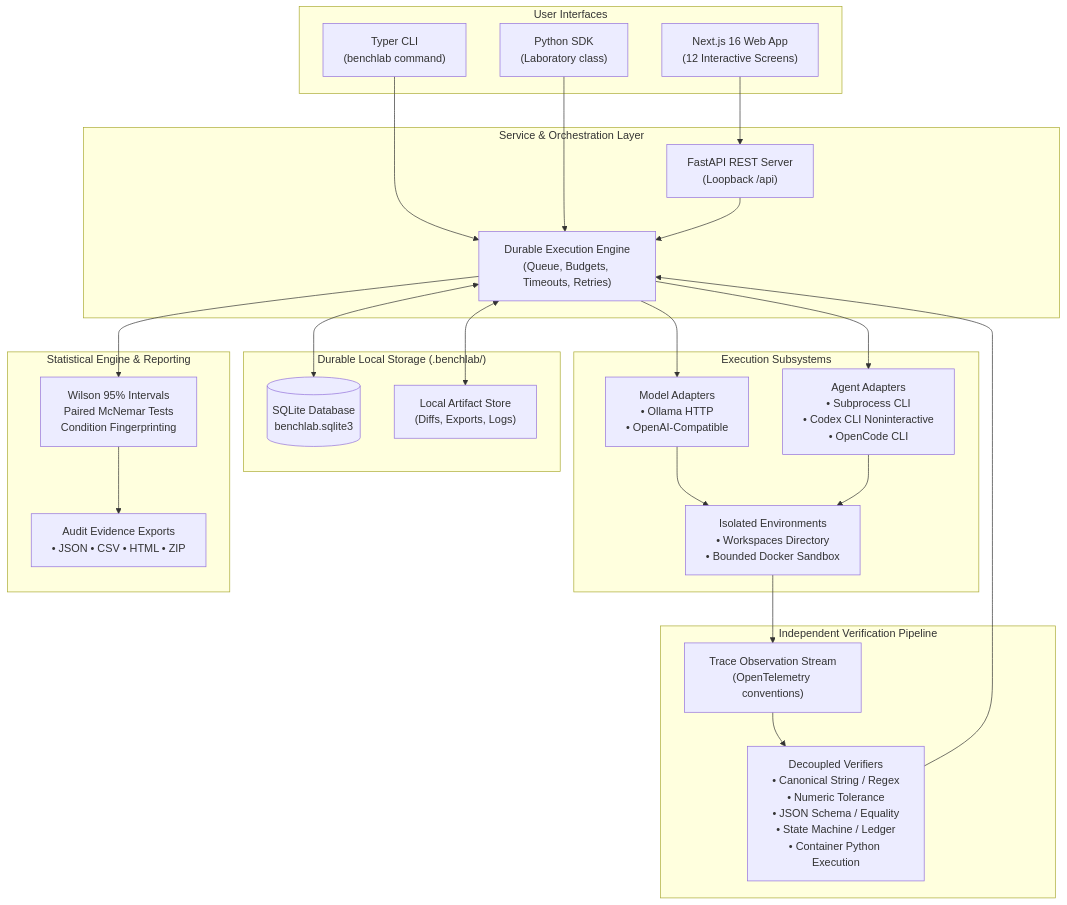
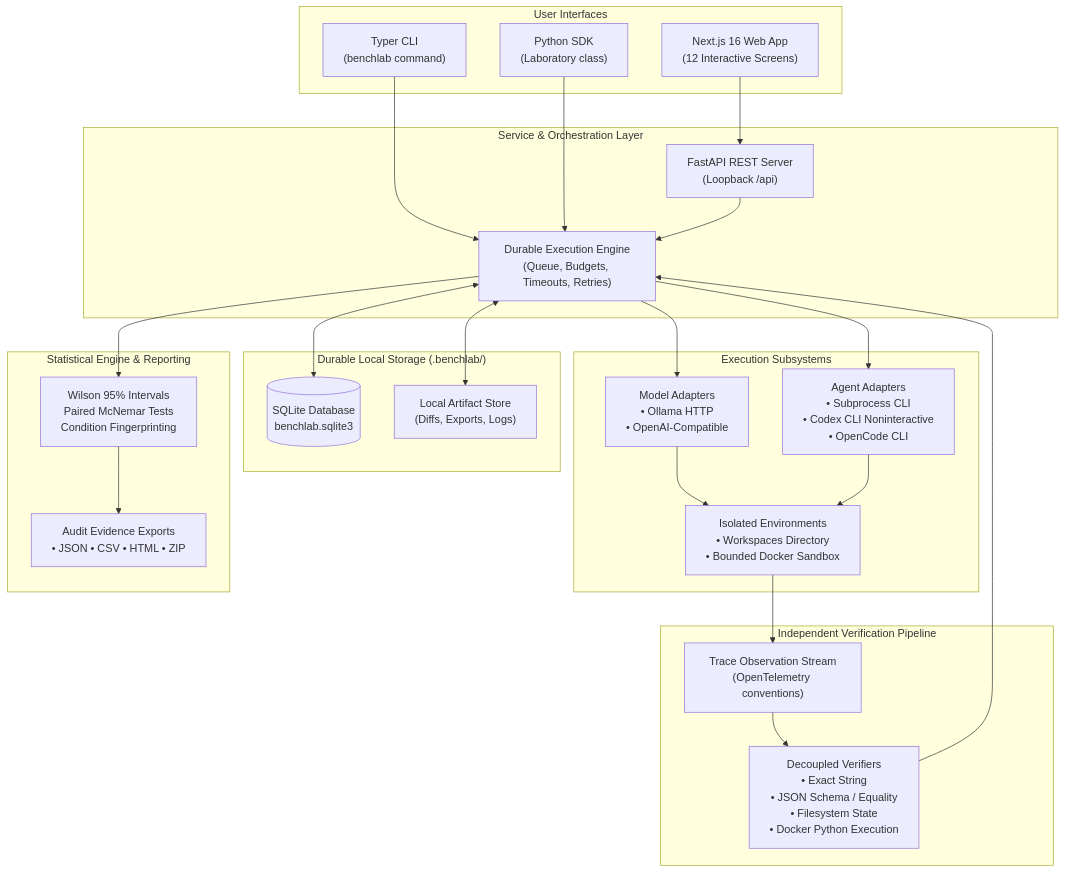
Before and after one commit to nagasaipradhyumnapoola/benchmark_agents: the first of 2 diagrams in README.md, drawn with Mermaid. The commit also changed other lines of this file and 165 other files, not shown here.

````diff
--- a/README.md
+++ b/README.md
@@ -51,53 +53,53 @@
 ```mermaid
 flowchart TD
     subgraph UI ["User Interfaces"]
         WEB["Next.js 16 Web App<br/>(12 Interactive Screens)"]
         CLI["Typer CLI<br/>(benchlab command)"]
         SDK["Python SDK<br/>(Laboratory class)"]
     end
 
     subgraph Service ["Service & Orchestration Layer"]
         API["FastAPI REST Server<br/>(Loopback /api)"]
         ENGINE["Durable Execution Engine<br/>(Queue, Budgets, Timeouts, Retries)"]
     end
 
     subgraph Storage ["Durable Local Storage (.benchlab/)"]
         SQLITE[("SQLite Database<br/>benchlab.sqlite3")]
         ARTIFACTS["Local Artifact Store<br/>(Diffs, Exports, Logs)"]
     end
 
     subgraph Execution ["Execution Subsystems"]
         SUT_MODEL["Model Adapters<br/>• Ollama HTTP<br/>• OpenAI-Compatible"]
         SUT_AGENT["Agent Adapters<br/>• Subprocess CLI<br/>• Codex CLI Noninteractive<br/>• OpenCode CLI"]
         SANDBOX["Isolated Environments<br/>• Workspaces Directory<br/>• Bounded Docker Sandbox"]
     end
 
     subgraph Verification ["Independent Verification Pipeline"]
         OBS["Trace Observation Stream<br/>(OpenTelemetry conventions)"]
-        VERIFIER["Decoupled Verifiers<br/>• Canonical String / Regex<br/>• Numeric Tolerance<br/>• JSON Schema / Equality<br/>• State Machine / Ledger<br/>• Container Python Execution"]
+        VERIFIER["Decoupled Verifiers<br/>• Exact String<br/>• JSON Schema / Equality<br/>• Filesystem State<br/>• Docker Python Execution"]
     end
 
     subgraph Analysis ["Statistical Engine & Reporting"]
         STATS["Wilson 95% Intervals<br/>Paired McNemar Tests<br/>Condition Fingerprinting"]
         EXPORTS["Audit Evidence Exports<br/>• JSON • CSV • HTML • ZIP"]
     end
 
     WEB --> API
     CLI --> ENGINE
     SDK --> ENGINE
     API --> ENGINE
 
     ENGINE <--> SQLITE
     ENGINE <--> ARTIFACTS
 
     ENGINE --> SUT_MODEL
     ENGINE --> SUT_AGENT
     SUT_MODEL & SUT_AGENT --> SANDBOX
 
     SANDBOX --> OBS
     OBS --> VERIFIER
     VERIFIER --> ENGINE
 
     ENGINE --> STATS
     STATS --> EXPORTS
 ```
````
